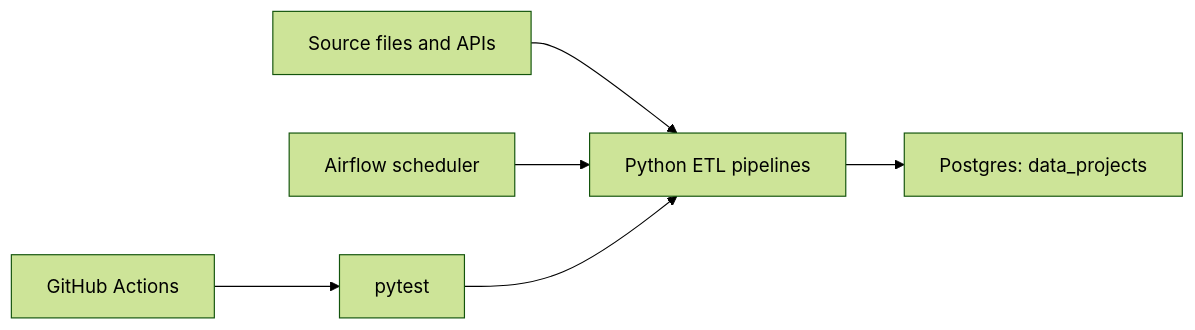
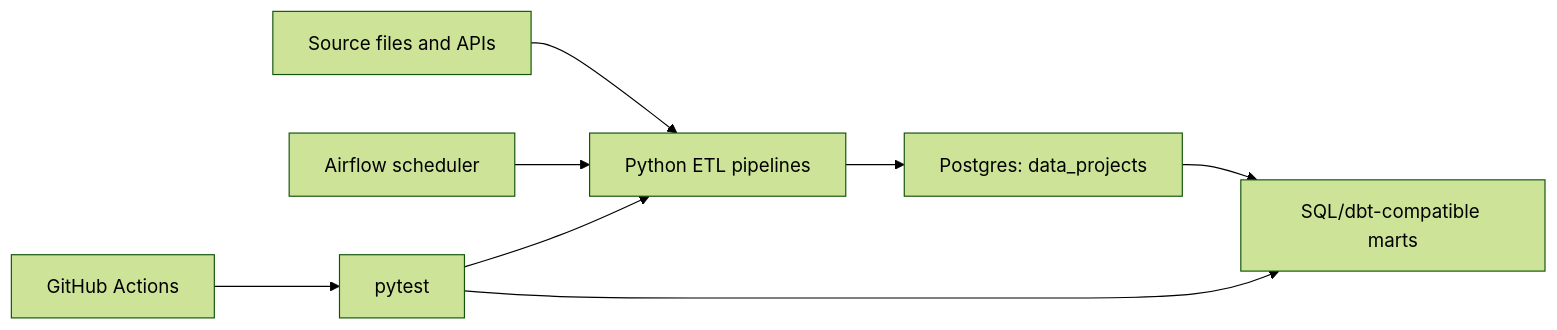
One commit to erochukwu-amajoyi/data-engineering-portfolio changed the diagram in README.md. Above: the diagram before and after it, drawn with Mermaid (forest theme). The commit also changed other lines of this file and 28 other files, not shown here.

````diff
--- a/README.md
+++ b/README.md
@@ -37,8 +51,10 @@
 ```mermaid
 flowchart LR
     A["Source files and APIs"] --> B["Python ETL pipelines"]
     B --> C["Postgres: data_projects"]
+    C --> G["SQL/dbt-compatible marts"]
     D["Airflow scheduler"] --> B
     E["pytest"] --> B
+    E --> G
     F["GitHub Actions"] --> E
 ```
````
